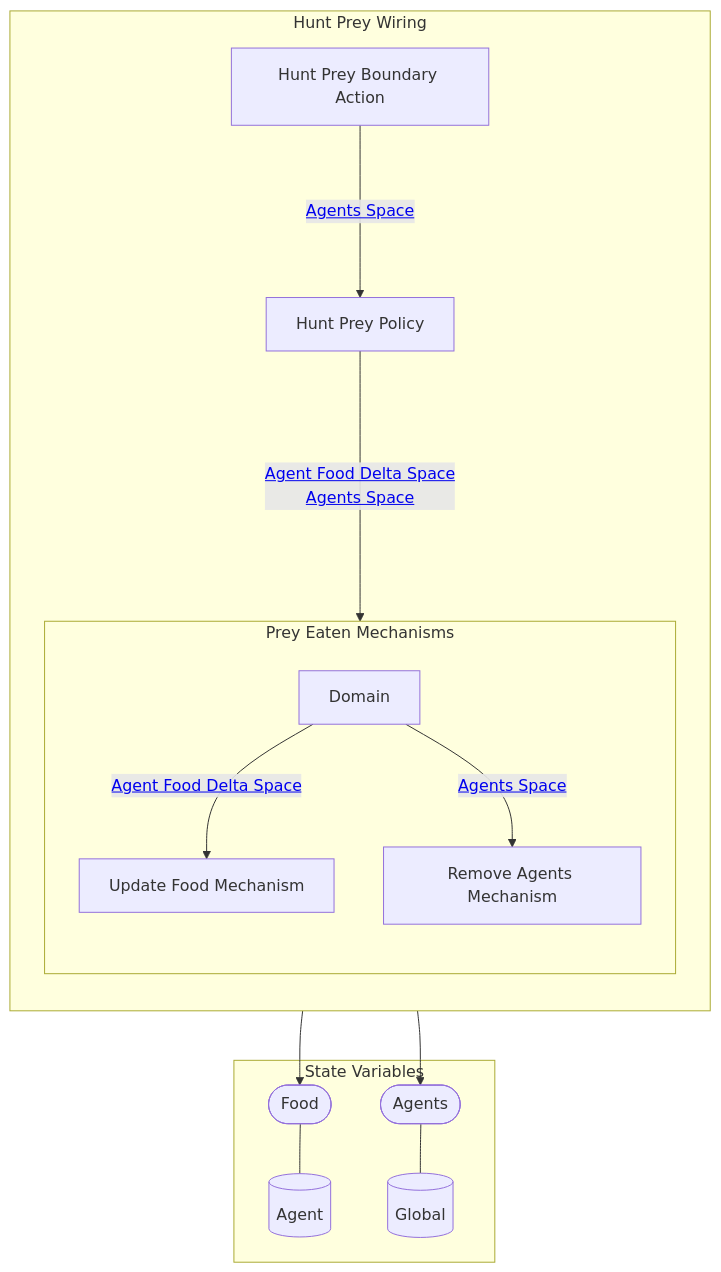
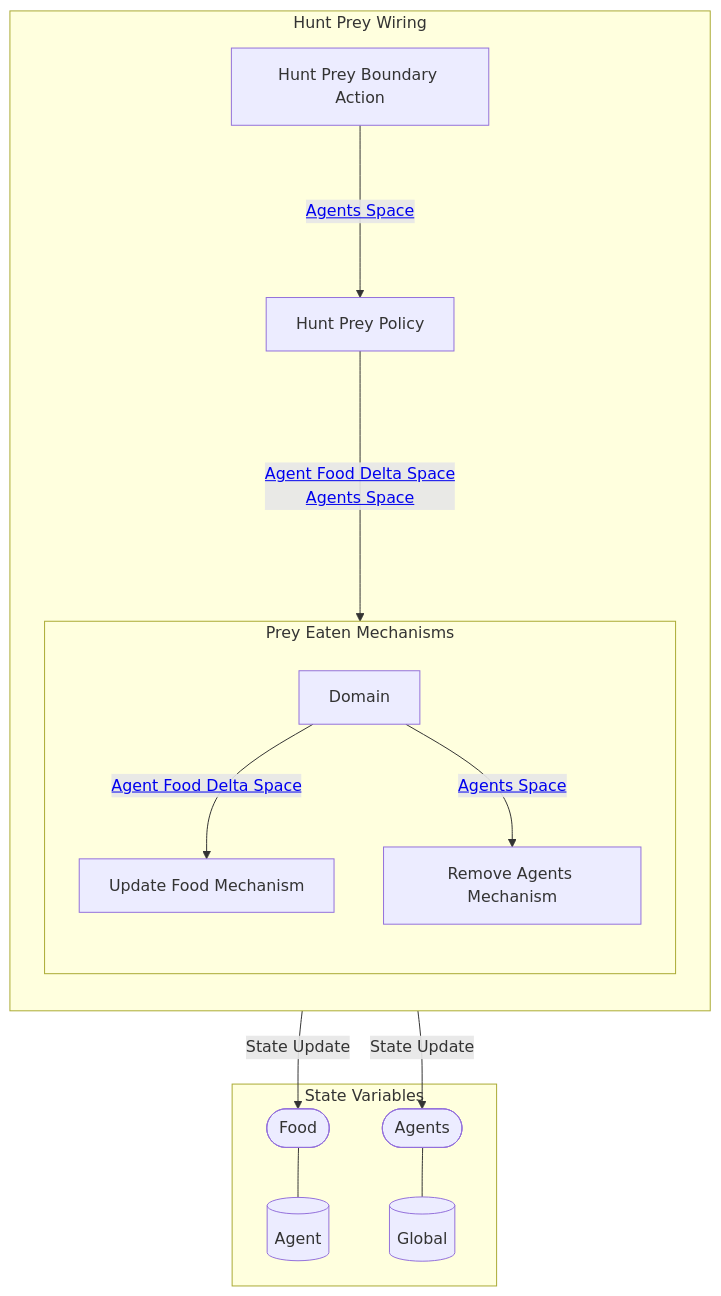
The second of 2 diagrams in reports/obsidian/Wiring/Hunt Prey Wiring.md (BlockScience/Predator-Prey-MSML), drawn with Mermaid before and after one commit. The commit also changed other lines of this file and 35 other files, not shown here.

````diff
--- a/reports/obsidian/Wiring/Hunt Prey Wiring.md
+++ b/reports/obsidian/Wiring/Hunt Prey Wiring.md
@@ -37,42 +37,42 @@
 ```mermaid
 graph TB
 
 subgraph SVS["State Variables"]
 EE0[("Agent")]
 EE1[("Global")]
 EES0(["Food"])
 EES0 --- EE0
 EES1(["Agents"])
 EES1 --- EE1
 end
 
 subgraph X8["Hunt Prey Wiring"]
 direction TB
 X1["Hunt Prey Boundary Action"]
 X2["Hunt Prey Policy"]
 subgraph X7["Prey Eaten Mechanisms"]
 direction TB
 X3["Update Food Mechanism"]
-X3 --> EES0
+X3 --"State Update"--> EES0
 X4["Remove Agents Mechanism"]
-X4 --> EES1
+X4 --"State Update"--> EES1
 X5[Domain]
 
 direction LR
 direction TB
 X5 --"<a href='Agent Food Delta Space' class=internal-link>Agent Food Delta Space</a>"--> X3
 X5 --"<a href='Agents Space' class=internal-link>Agents Space</a>"--> X4
 end
 X1--"<a href='Agents Space' class=internal-link>Agents Space</a>"--->X2
 X2--"<a href='Agent Food Delta Space' class=internal-link>Agent Food Delta Space</a>
 <a href='Agents Space' class=internal-link>Agents Space</a>"---->X7
 end
 class X1 internal-link;
 class X2 internal-link;
 class X3 internal-link;
 class X4 internal-link;
 class X6 internal-link;
 class EE0 internal-link;
 class EE1 internal-link;
 
 ```
````
